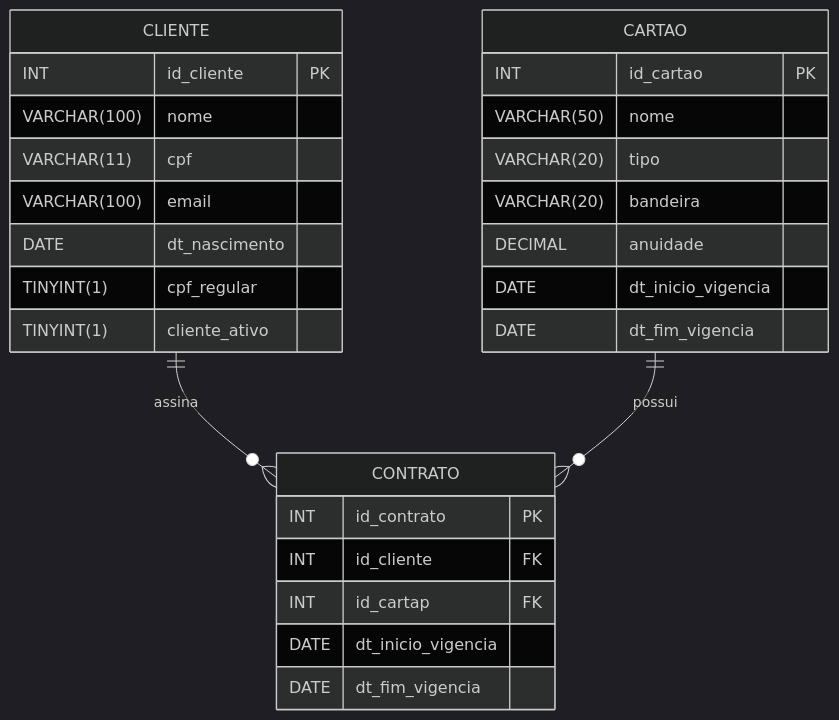
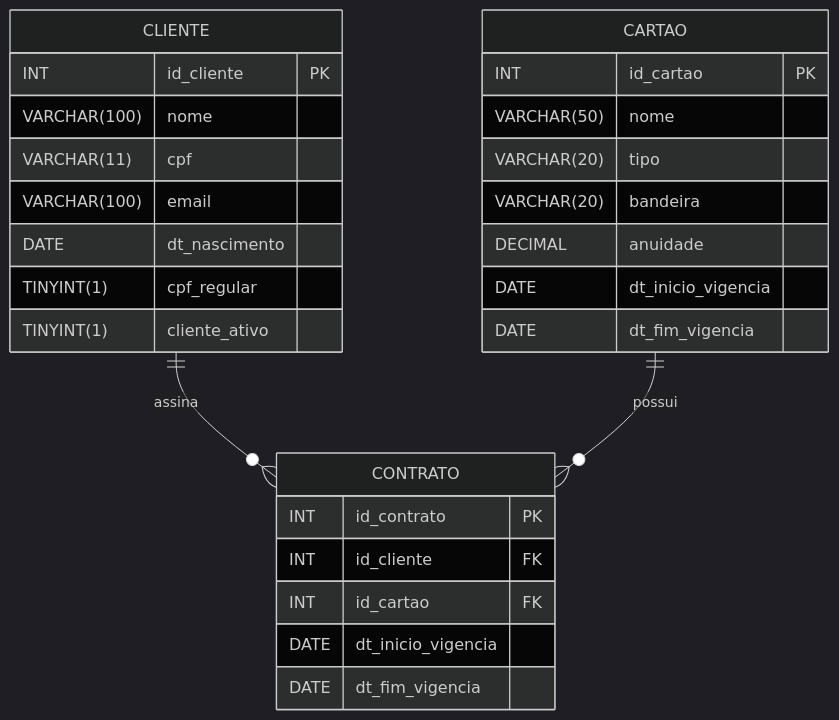
The diagram in README.md (Pedrones00/credit-card-request-api), drawn with Mermaid (dark theme) before and after one commit. The commit also changed 9 other files, not shown here.

````diff
--- a/README.md
+++ b/README.md
@@ -54,33 +54,33 @@
 ```mermaid
 erDiagram
     CLIENTE 1--0+ CONTRATO : assina
     CARTAO 1--0+ CONTRATO : possui
 
     CLIENTE {
         INT id_cliente PK
         VARCHAR(100) nome
         VARCHAR(11) cpf
         VARCHAR(100) email
         DATE dt_nascimento
         TINYINT(1) cpf_regular
         TINYINT(1) cliente_ativo
     }
 
     CONTRATO {
         INT id_contrato PK
         INT id_cliente FK
-        INT id_cartap FK
+        INT id_cartao FK
         DATE dt_inicio_vigencia
         DATE dt_fim_vigencia
     }
 
     CARTAO {
         INT id_cartao PK
         VARCHAR(50) nome
         VARCHAR(20) tipo
         VARCHAR(20) bandeira
         DECIMAL anuidade
         DATE dt_inicio_vigencia
         DATE dt_fim_vigencia
     }
 ```
````
